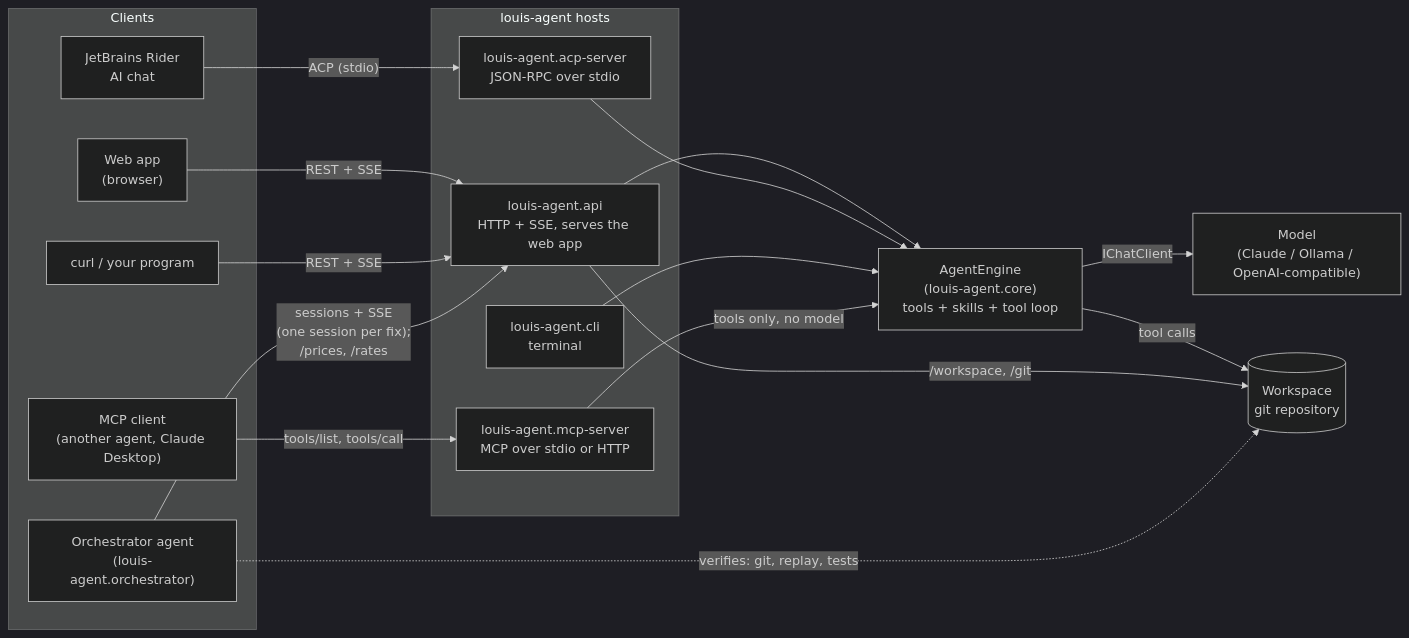
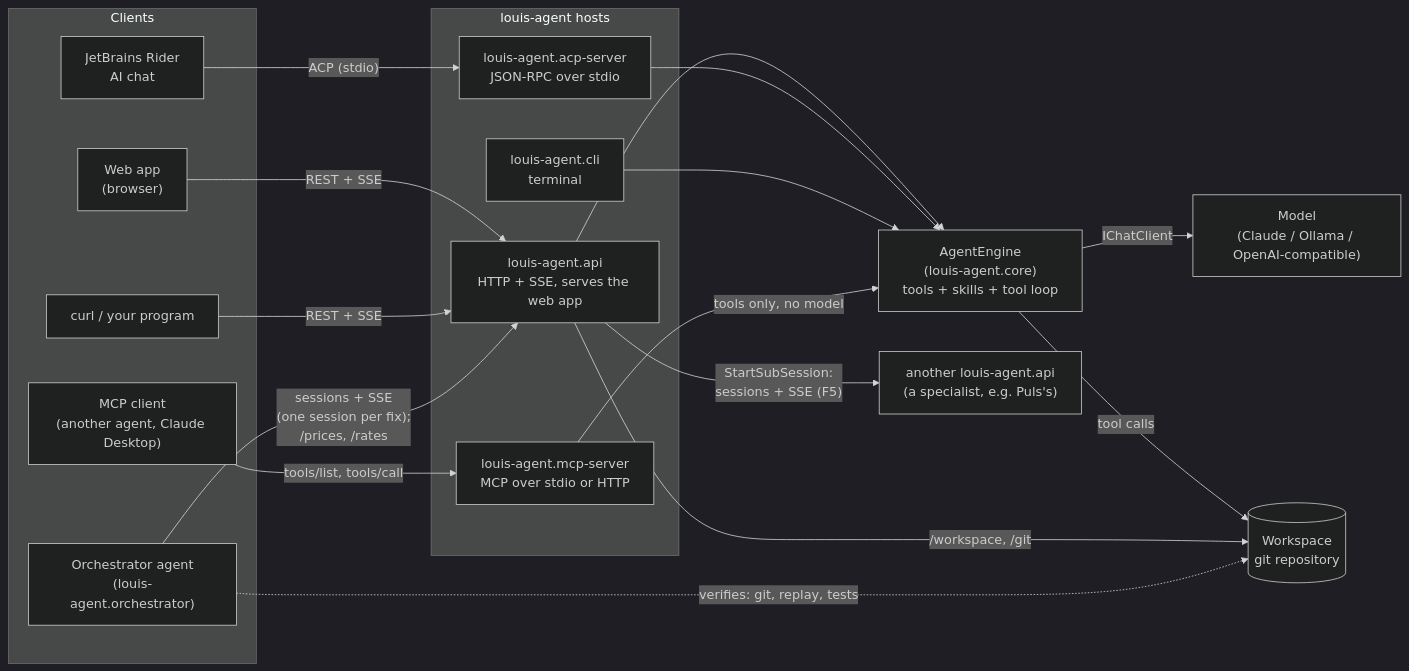
Before and after one commit to bosbevk/louis-agent: the first of 3 diagrams in docs/AGENT_COMMUNICATION.md, drawn with Mermaid (dark theme). The commit also changed other lines of this file and 1 other file, not shown here.

First line of the commit message:
API and communication docs catch up with F5, F21, F22 and the fixes

````diff
--- a/docs/AGENT_COMMUNICATION.md
+++ b/docs/AGENT_COMMUNICATION.md
@@ -9,35 +9,36 @@
 ```mermaid
 flowchart LR
     subgraph clients["Clients"]
         Browser["Web app<br/>(browser)"]
         Rider["JetBrains Rider<br/>AI chat"]
         Script["curl / your program"]
         McpClient["MCP client<br/>(another agent, Claude Desktop)"]
         Orch["Orchestrator agent<br/>(louis-agent.orchestrator)"]
     end
 
     subgraph hosts["louis-agent hosts"]
         Api["louis-agent.api<br/>HTTP + SSE, serves the web app"]
         Acp["louis-agent.acp-server<br/>JSON-RPC over stdio"]
         Mcp["louis-agent.mcp-server<br/>MCP over stdio or HTTP"]
         Cli["louis-agent.cli<br/>terminal"]
     end
 
     Engine["AgentEngine<br/>(louis-agent.core)<br/>tools + skills + tool loop"]
     Model["Model<br/>(Claude / Ollama / OpenAI-compatible)"]
     Repo[("Workspace<br/>git repository")]
 
     Browser -- "REST + SSE" --> Api
     Script -- "REST + SSE" --> Api
     Orch -- "sessions + SSE<br/>(one session per fix);<br/>/prices, /rates" --> Api
     Rider -- "ACP (stdio)" --> Acp
     McpClient -- "tools/list, tools/call" --> Mcp
     Api --> Engine
     Acp --> Engine
     Cli --> Engine
     Mcp -- "tools only, no model" --> Engine
     Engine -- "IChatClient" --> Model
     Engine -- "tool calls" --> Repo
     Api -- "/workspace, /git" --> Repo
     Orch -. "verifies: git, replay, tests" .-> Repo
+    Api -- "StartSubSession:<br/>sessions + SSE (F5)" --> Peer["another louis-agent.api<br/>(a specialist, e.g. Puls's)"]
 ```
````
